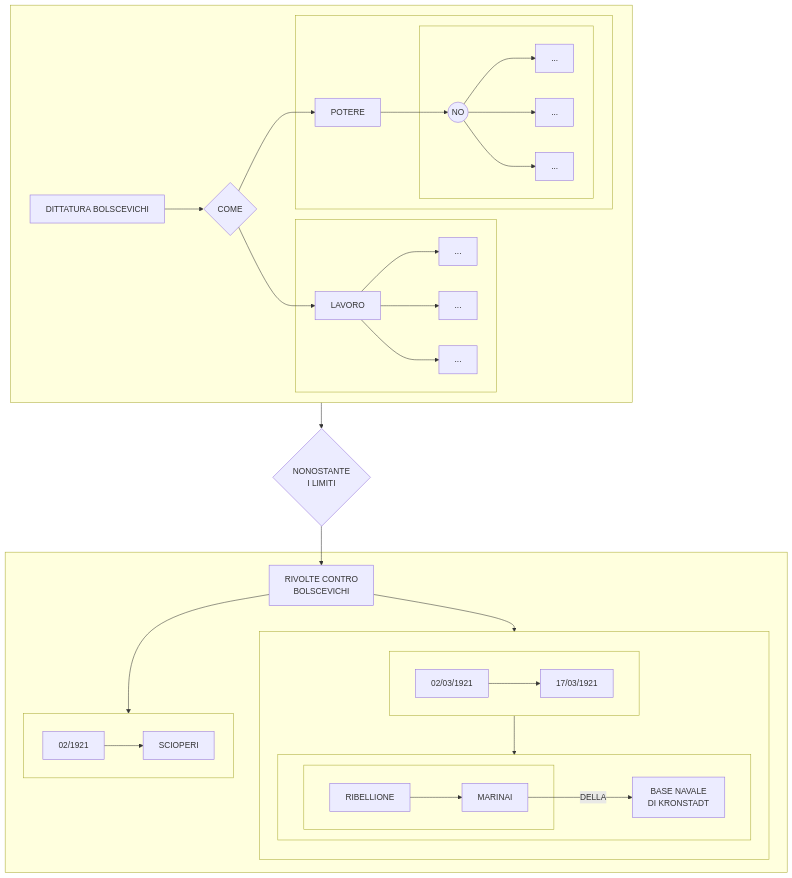
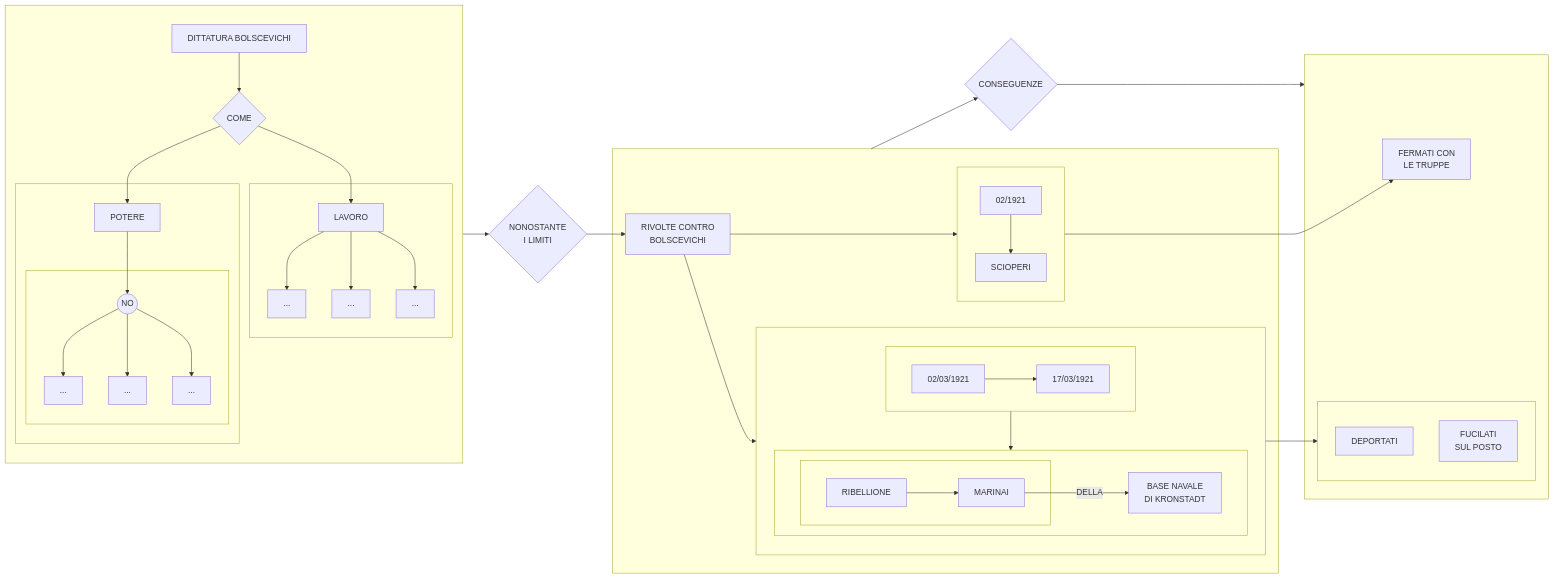
Before and after one commit to Laaouatni/ricerca-storia-MermaidJS: the diagram in prova.md, drawn with Mermaid.

````diff
--- a/prova.md
+++ b/prova.md
@@ -1,57 +1,68 @@
 ```mermaid
-flowchart TB
+flowchart LR
   subgraph 04[" "]
     0[DITTATURA BOLSCEVICHI]
     01{COME}
     subgraph 02[" "]
       010[POTERE]
       subgraph 020[" "]
         0100((NO))
         01000[...]
         01001[...]
         01002[...]
       end
     end
     subgraph 03[" "]
       011[LAVORO]
       0110[...]
       0111[...]
       0112[...]
     end
     0 --> 01 --> 010 & 011
     010 --> 0100
     0100 --> 01000 & 01001 & 01002
     011 --> 0110 & 0111 & 0112
   end
   1{NONOSTANTE <br> I LIMITI}
   04 --> 1
   subgraph 10[" "]
     100[RIVOLTE CONTRO <br> BOLSCEVICHI]
     subgraph 21[" "]
       20[02/1921]
       200[SCIOPERI]
       20 --> 200
     end
     subgraph 22[" "]
       direction TB;
       subgraph 220[" "]
         direction LR;
         2200[02/03/1921]
         2201[17/03/1921]
         2200 --> 2201
       end
       subgraph 221[" "]
         subgraph 222[" "]
           2220[RIBELLIONE]
           2221[MARINAI]
         end
         223[BASE NAVALE <br> DI KRONSTADT]
         2220 --> 2221
         2221 -->|DELLA| 223
       end
       220 --> 221
     end
     100 --> 21 & 22
   end
   1 --> 100
+  subgraph 3[" "]
+    31[FERMATI CON <br> LE TRUPPE]
+    subgraph 32[" "]
+      320[DEPORTATI]
+      321[FUCILATI <br> SUL POSTO]
+    end
+  end
+  4{CONSEGUENZE}
+  10 --> 4 --> 3
+  21 --> 31
+  22 --> 32
 ```
````
